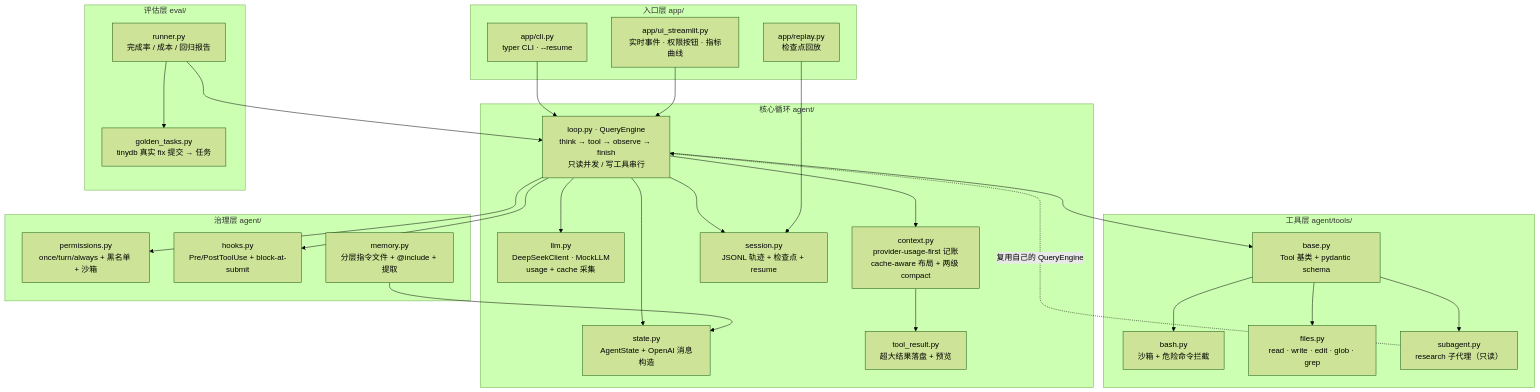
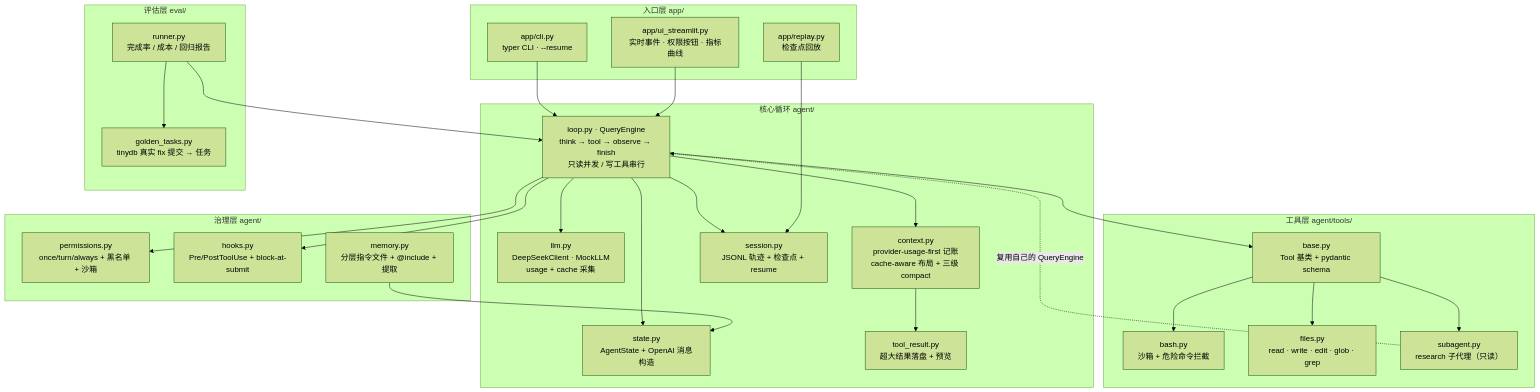
One commit to Goat-Donk/mini-coding changed the first of 2 diagrams in README.md. Above: the diagram before and after it, drawn with Mermaid (forest theme). The commit also changed other lines of this file and 7 other files, not shown here.

````diff
--- a/README.md
+++ b/README.md
@@ -54,54 +60,54 @@
 ```mermaid
 flowchart TB
     subgraph ENTRY["入口层 app/"]
         CLI["app/cli.py<br/>typer CLI · --resume"]
         UI["app/ui_streamlit.py<br/>实时事件 · 权限按钮 · 指标曲线"]
         RP["app/replay.py<br/>检查点回放"]
     end
 
     subgraph CORE["核心循环 agent/"]
         LOOP["loop.py · QueryEngine<br/>think → tool → observe → finish<br/>只读并发 / 写工具串行"]
         LLM["llm.py<br/>DeepSeekClient · MockLLM<br/>usage + cache 采集"]
         STATE["state.py<br/>AgentState + OpenAI 消息构造"]
-        CTX["context.py<br/>provider-usage-first 记账<br/>cache-aware 布局 + 两级 compact"]
+        CTX["context.py<br/>provider-usage-first 记账<br/>cache-aware 布局 + 三级 compact"]
         TR["tool_result.py<br/>超大结果落盘 + 预览"]
         SESS["session.py<br/>JSONL 轨迹 + 检查点 + resume"]
     end
 
     subgraph GOV["治理层 agent/"]
         PERM["permissions.py<br/>once/turn/always + 黑名单 + 沙箱"]
         HOOK["hooks.py<br/>Pre/PostToolUse + block-at-submit"]
         MEM["memory.py<br/>分层指令文件 + @include + 提取"]
     end
 
     subgraph TOOLS["工具层 agent/tools/"]
         BASE["base.py<br/>Tool 基类 + pydantic schema"]
         BASH["bash.py<br/>沙箱 + 危险命令拦截"]
         FILES["files.py<br/>read · write · edit · glob · grep"]
         SUB["subagent.py<br/>research 子代理（只读）"]
     end
 
     subgraph EVAL["评估层 eval/"]
         GT["golden_tasks.py<br/>tinydb 真实 fix 提交 → 任务"]
         RUN["runner.py<br/>完成率 / 成本 / 回归报告"]
     end
 
     CLI --> LOOP
     UI --> LOOP
     LOOP --> LLM
     LOOP --> STATE
     LOOP --> CTX
     LOOP --> PERM
     LOOP --> HOOK
     LOOP --> SESS
     LOOP --> BASE
     BASE --> BASH
     BASE --> FILES
     BASE --> SUB
     CTX --> TR
     MEM --> STATE
     RUN --> GT
     RUN --> LOOP
     RP --> SESS
     SUB -. 复用自己的 QueryEngine .-> LOOP
 ```
````
